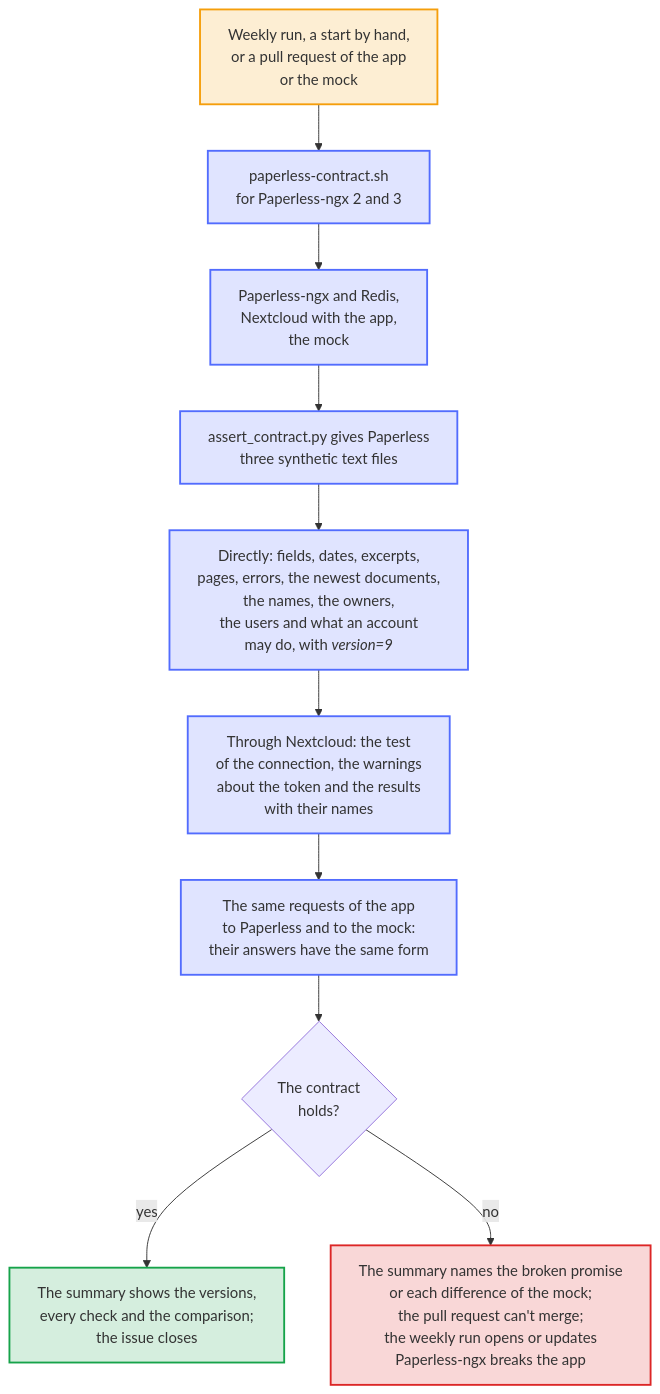
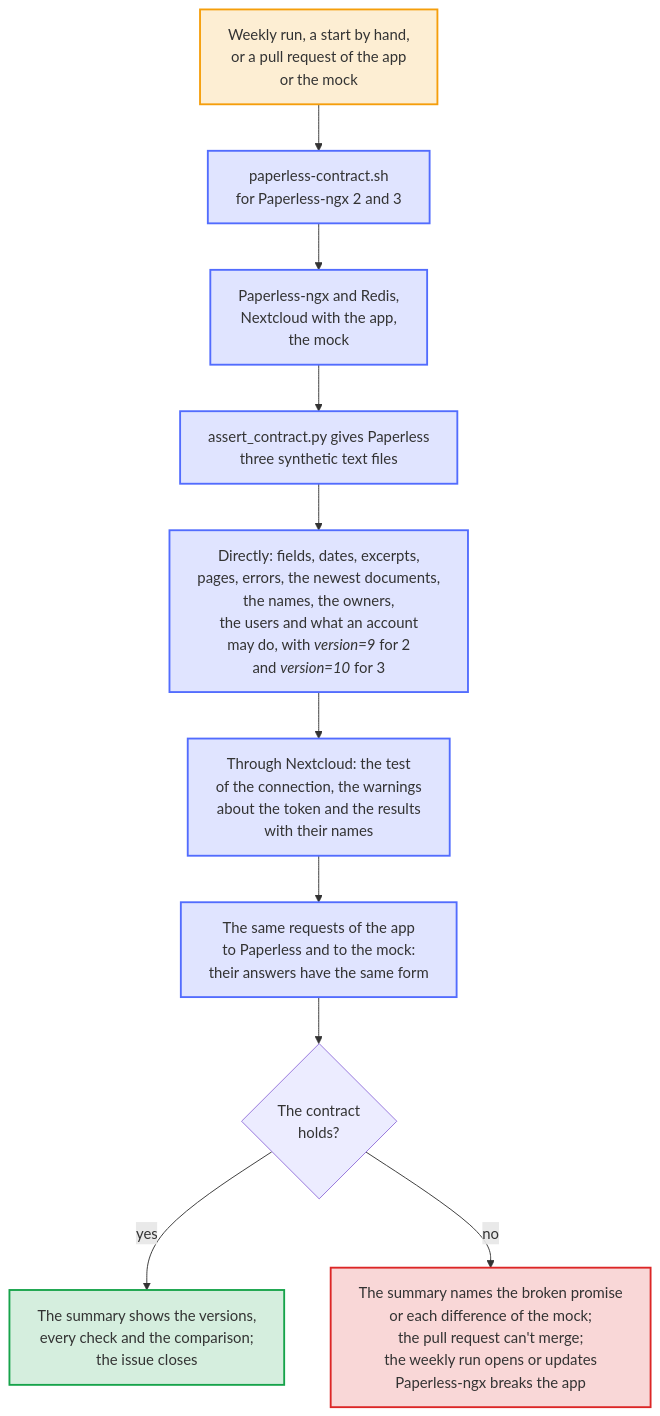
The diagram in docs/diagrams/the-contract-with-paperless.mmd (Dennis-Otto/paperless-unified-search), drawn with Mermaid before and after one commit. The commit also changed 45 other files, not shown here.

```diff
--- a/docs/diagrams/the-contract-with-paperless.mmd
+++ b/docs/diagrams/the-contract-with-paperless.mmd
@@ -1,32 +1,32 @@
 ---
 config:
   flowchart:
     wrappingWidth: 400
 ---
 flowchart TB
     accTitle: The contract with a real Paperless-ngx
     accDescr: Every Monday, when started by hand, and in a pull request that changes the app or the mock, the job paperless runs paperless-contract.sh for Paperless-ngx 2 and 3. It starts that Paperless with Redis, Nextcloud with the app and the mock, and assert_contract.py gives Paperless three synthetic text files. Then it checks, with the version of the API and the fields that the app asks for, the fields, dates, excerpts, pages and errors, the newest documents, the names of correspondents, types and tags, the owners of the documents and the users that occ paperless_unified_search:check and the search read, and what /api/ui_settings/ says an account may do directly, and the test of the connection, the warnings about the token and the results with their names through Nextcloud. Then it sends the requests of the app to this Paperless and to the mock, whose answers have to have the same form. The summary of the job shows the versions, every check and every difference of the mock. A broken contract fails the required check, so the pull request can't merge; a failed weekly run opens or updates the issue Paperless-ngx breaks the app, and a run that passes closes it.
 
     trigger["Weekly run, a start by hand,<br>or a pull request of the app<br>or the mock"]
     script["paperless-contract.sh<br>for Paperless-ngx 2 and 3"]
     start["Paperless-ngx and Redis,<br>Nextcloud with the app,<br>the mock"]
     seed["assert_contract.py gives Paperless<br>three synthetic text files"]
-    direct["`Directly: fields, dates, excerpts,<br>pages, errors, the newest documents,<br>the names, the owners,<br>the users and what an account<br>may do, with *version=9*`"]
+    direct["`Directly: fields, dates, excerpts,<br>pages, errors, the newest documents,<br>the names, the owners,<br>the users and what an account<br>may do, with *version=9* for 2<br>and *version=10* for 3`"]
     through["Through Nextcloud: the test<br>of the connection, the warnings<br>about the token and the results<br>with their names"]
     mock["The same requests of the app<br>to Paperless and to the mock:<br>their answers have the same form"]
     holds{"The contract<br>holds?"}
     passed["The summary shows the versions,<br>every check and the comparison;<br>the issue closes"]
     failed["The summary names the broken promise<br>or each difference of the mock;<br>the pull request can't merge;<br>the weekly run opens or updates<br>Paperless-ngx breaks the app"]
 
     trigger --> script --> start --> seed --> direct --> through --> mock --> holds
     holds -- "yes" --> passed
     holds -- "no" --> failed
 
     classDef person fill:#f59e0b2e,stroke:#f59e0b,stroke-width:2px
     classDef bot fill:#526cfe2e,stroke:#526cfe,stroke-width:2px
     classDef done fill:#16a34a2e,stroke:#16a34a,stroke-width:2px
     classDef fail fill:#dc26262e,stroke:#dc2626,stroke-width:2px
     class trigger person
     class script,start,seed,direct,through,mock bot
     class passed done
     class failed fail
```
